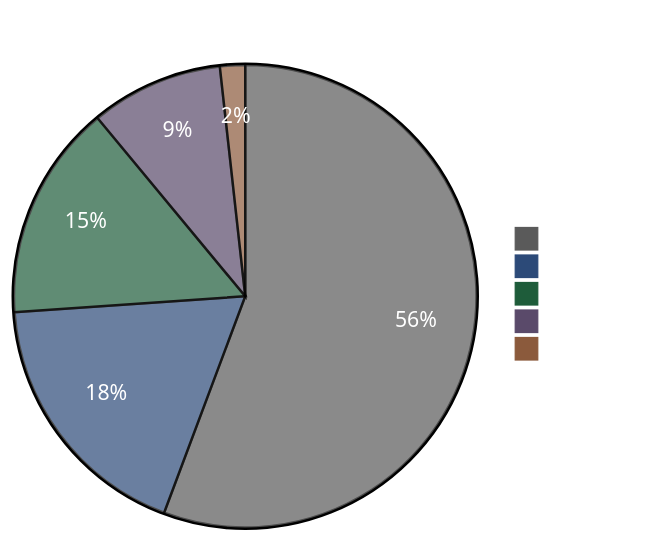
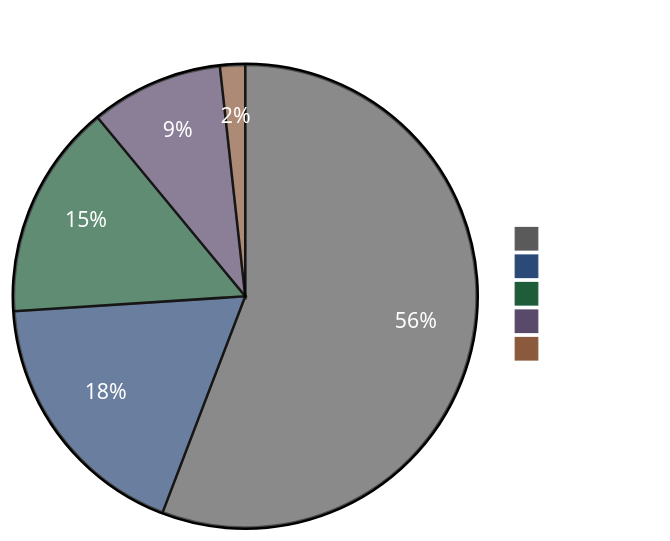
The diagram in README.md (ccmeteorljh/reco-arxiv-daily), drawn with Mermaid before and after one commit. The commit also changed other lines of this file and 6 other files, not shown here.

````diff
--- a/README.md
+++ b/README.md
@@ -6,19 +6,19 @@
 ```mermaid
 %%{init: {'theme':'base', 'themeVariables': {
   'pie1':'#5a5a5a',
   'pie2':'#2c4a78',
   'pie3':'#1e5c3a',
   'pie4':'#5a4a6a',
   'pie5':'#8b5a3c',
   'pieTitleTextColor':'#ffffff',
   'pieSectionTextColor':'#ffffff',
   'pieLegendTextColor':'#ffffff'
 }}}%%
 pie showData
 title Paper Distribution by Tag
-  "Other" : 698
+  "Other" : 701
   "LLM" : 228
   "GR" : 189
   "Seq" : 116
   "Scaling" : 22
 ```
````
